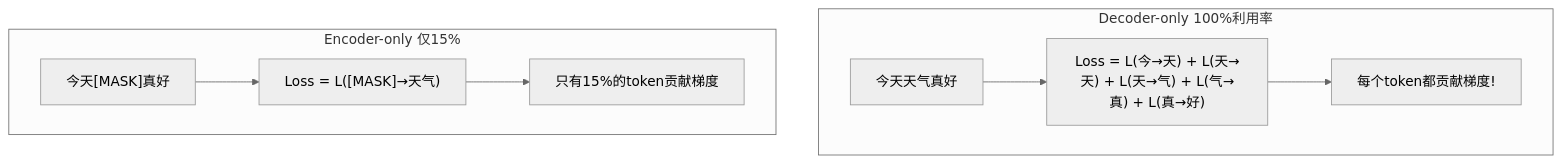
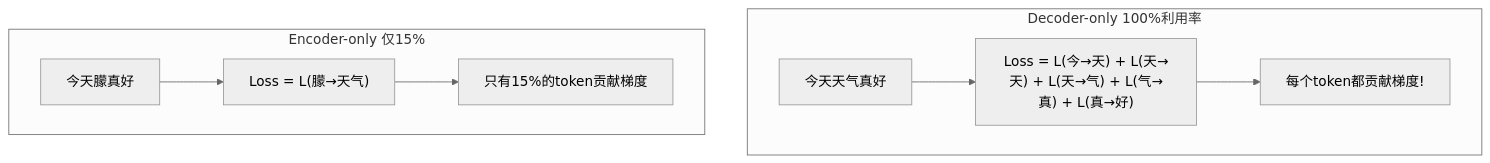
Before and after one commit to Xunzhuo/mini-sglang: the seventh of 24 diagrams in learning/website/docs/basics/05-transformer-architecture.md, drawn with Mermaid (neutral theme). The commit also changed other lines of this file and 7 other files, not shown here.

````diff
--- a/learning/website/docs/basics/05-transformer-architecture.md
+++ b/learning/website/docs/basics/05-transformer-architecture.md
@@ -179,16 +179,16 @@
 ```mermaid
 graph TB
     subgraph DecoderOnly["Decoder-only 100%利用率"]
         D1["今天天气真好"]
         D2["Loss = L(今→天) + L(天→天) + L(天→气) + L(气→真) + L(真→好)"]
         D1 --> D2
         D2 --> D3["每个token都贡献梯度!"]
     end
 
     subgraph EncoderOnly["Encoder-only 仅15%"]
-        E1["今天[MASK]真好"]
-        E2["Loss = L([MASK]→天气)"]
+        E1["今天朦真好"]
+        E2["Loss = L(朦→天气)"]
         E1 --> E2
         E2 --> E3["只有15%的token贡献梯度"]
     end
 ```
````
